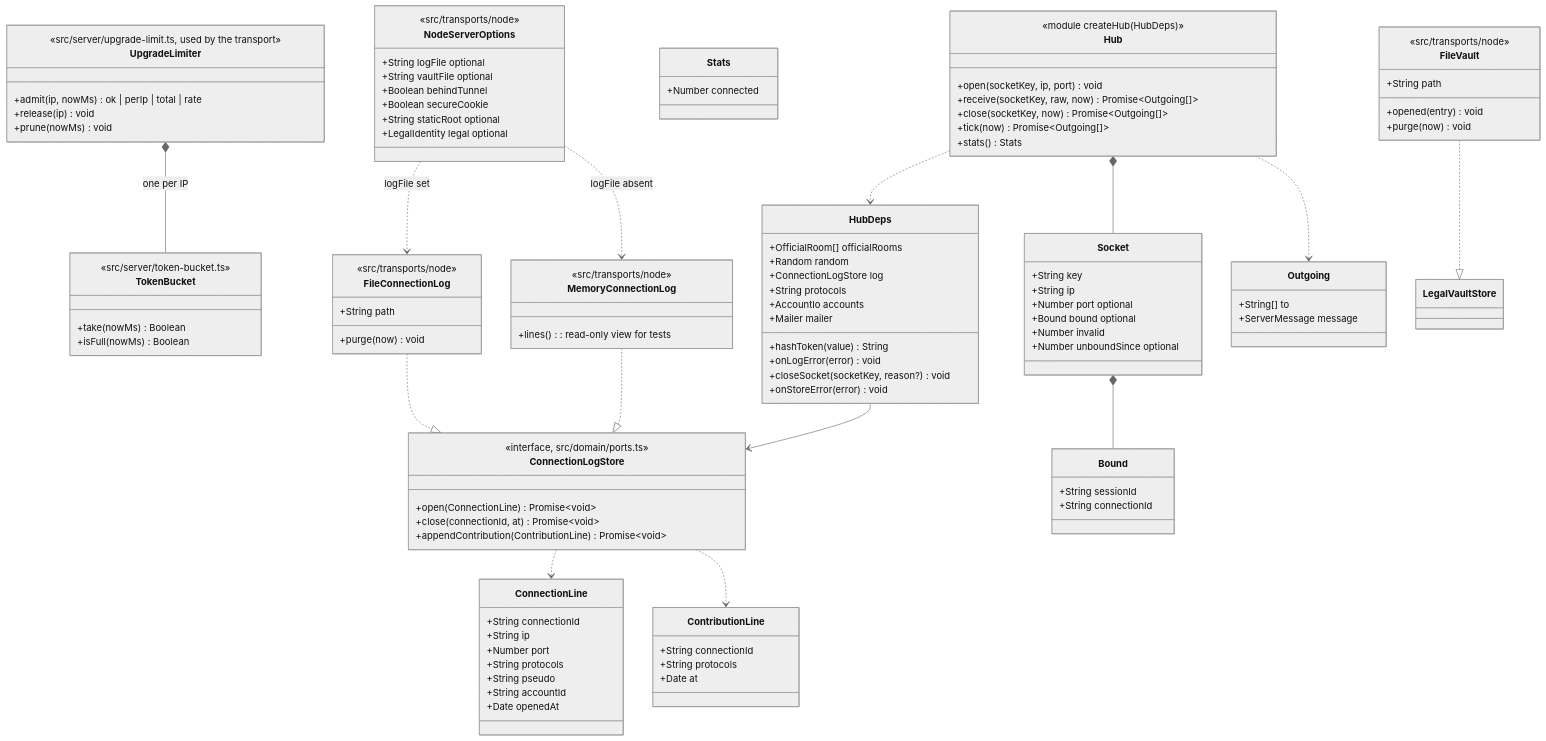
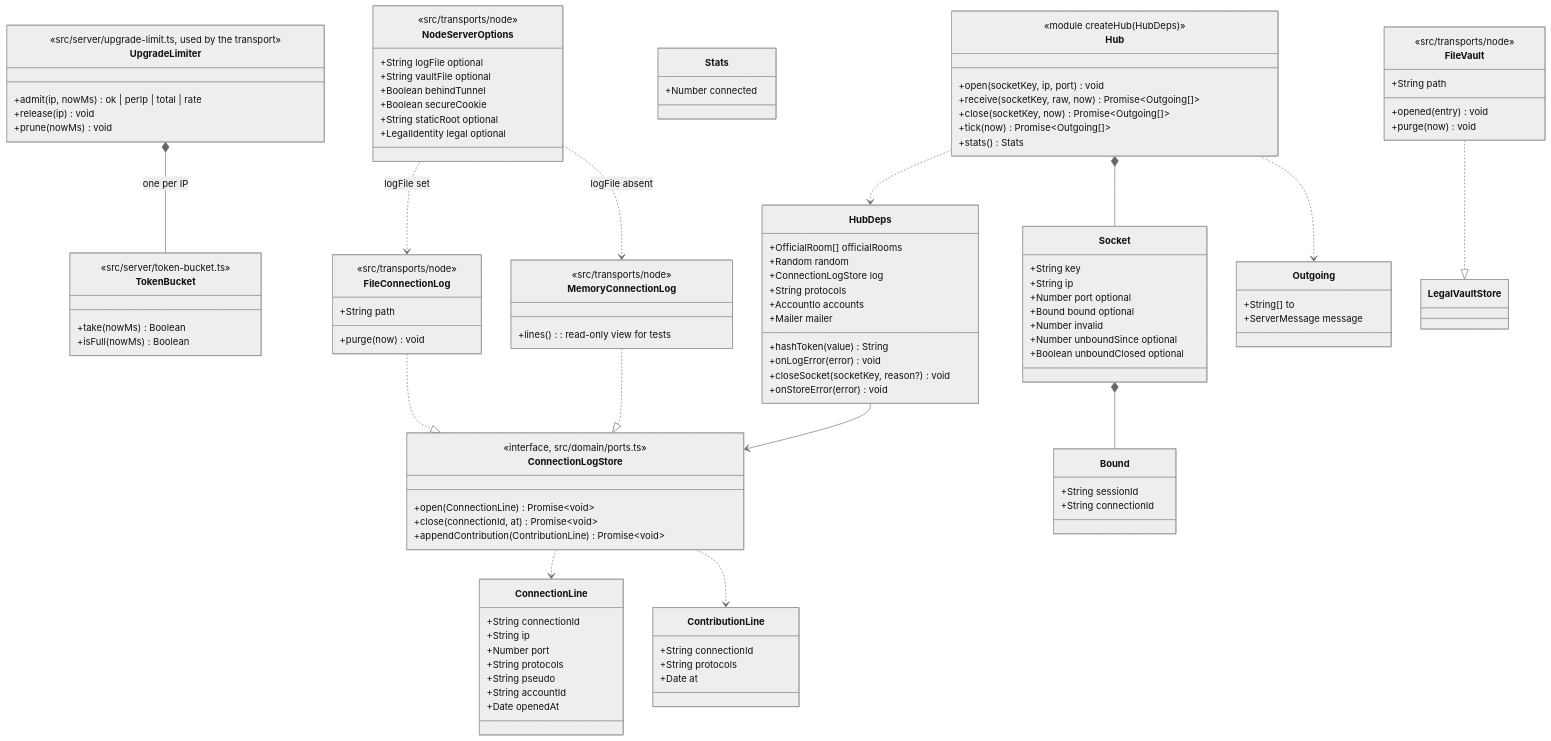
The first of 2 diagrams in docs/architecture/diagrams/platform/04c-class-server-hub.md (benoit-bremaud/asv), drawn with Mermaid (neutral theme) before and after one commit. The commit also changed other lines of this file and 7 other files, not shown here.

```diff
--- a/docs/architecture/diagrams/platform/04c-class-server-hub.md
+++ b/docs/architecture/diagrams/platform/04c-class-server-hub.md
@@ -64,6 +64,7 @@
     +Bound bound optional
     +Number invalid
     +Number unboundSince optional
+    +Boolean unboundClosed optional
   }
   class UpgradeLimiter {
     <<src/server/upgrade-limit.ts, used by the transport>>
```
